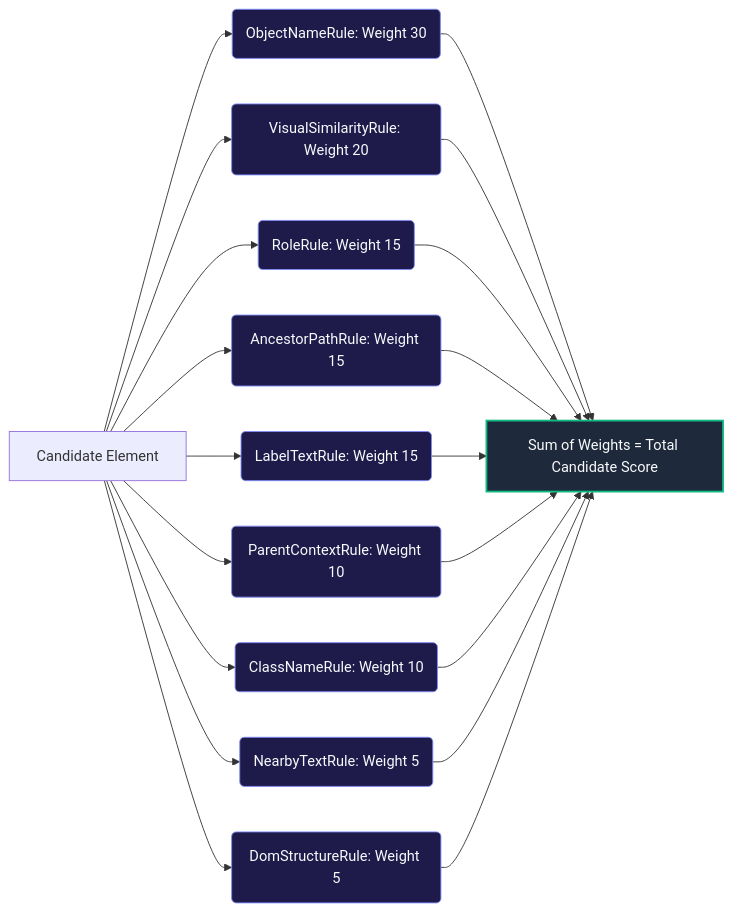
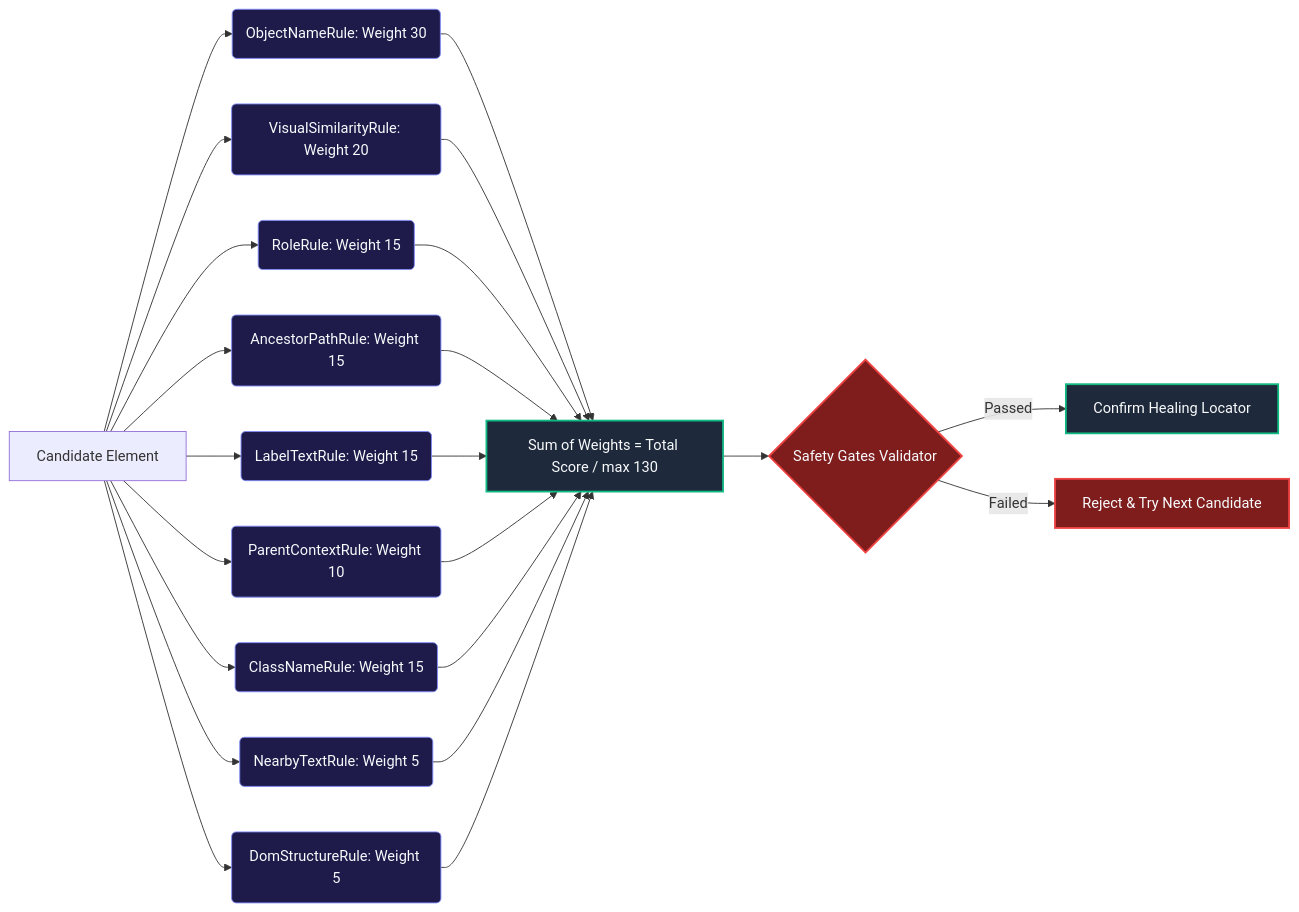
The third of 6 diagrams in docs/project-architecture.md (shambhoo-narwaria/reLOCATE.AI-Intelligent-Element-Recovery-Engine), drawn with Mermaid before and after one commit. The commit also changed other lines of this file, not shown here.

Commit message:
update graphs

````diff
--- a/docs/project-architecture.md
+++ b/docs/project-architecture.md
@@ -112,26 +112,31 @@
 ```mermaid
 graph LR
     %% Styling
     classDef rule fill:#1e1b4b,stroke:#818cf8,stroke-width:1px,color:#f8fafc;
     classDef total fill:#1e293b,stroke:#10b981,stroke-width:2px,color:#f8fafc;
+    classDef gate fill:#7f1d1d,stroke:#ef4444,stroke-width:2px,color:#f8fafc;
 
     A[Candidate Element] --> R1(ObjectNameRule: Weight 30):::rule
     A --> R2(VisualSimilarityRule: Weight 20):::rule
     A --> R3(RoleRule: Weight 15):::rule
     A --> R4(AncestorPathRule: Weight 15):::rule
     A --> R5(LabelTextRule: Weight 15):::rule
     A --> R6(ParentContextRule: Weight 10):::rule
-    A --> R7(ClassNameRule: Weight 10):::rule
+    A --> R7(ClassNameRule: Weight 15):::rule
     A --> R8(NearbyTextRule: Weight 5):::rule
     A --> R9(DomStructureRule: Weight 5):::rule
 
-    R1 --> Total[Sum of Weights = Total Candidate Score]:::total
+    R1 --> Total[Sum of Weights = Total Score / max 130]:::total
     R2 --> Total
     R3 --> Total
     R4 --> Total
     R5 --> Total
     R6 --> Total
     R7 --> Total
     R8 --> Total
     R9 --> Total
+
+    Total --> SafetyCheck{Safety Gates Validator}:::gate
+    SafetyCheck -->|Passed| Resolved[Confirm Healing Locator]:::total
+    SafetyCheck -->|Failed| Bypassed[Reject & Try Next Candidate]:::gate
 ```
````
